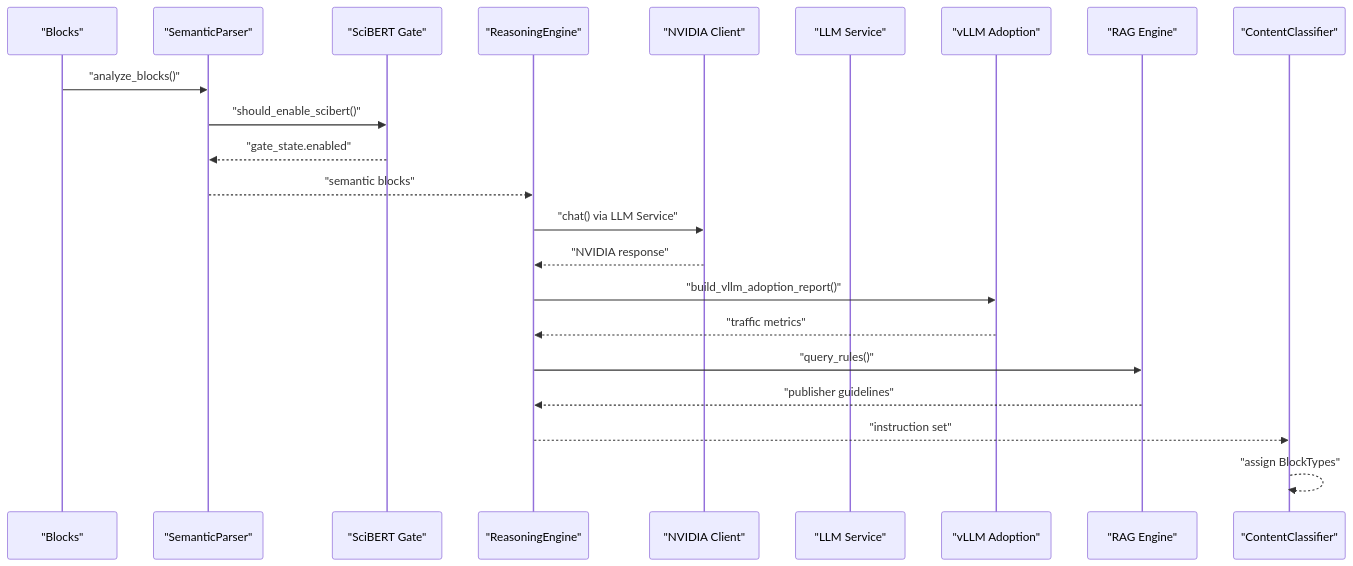
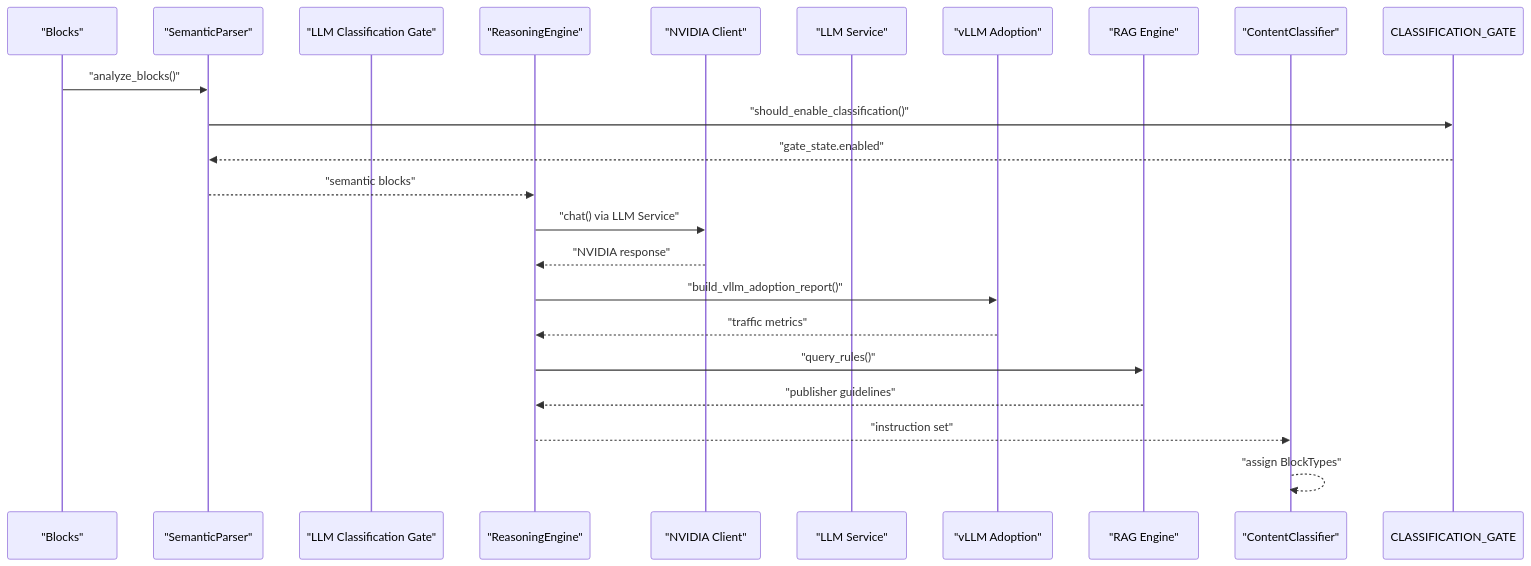
The second of 12 diagrams in .docs/content/AI_ML Integration/AI_ML Integration.md (rohitkumarnaidu/ScholarFormAI), drawn with Mermaid before and after one commit. The commit also changed other lines of this file and 4 other files, not shown here.

````diff
--- a/.docs/content/AI_ML Integration/AI_ML Integration.md
+++ b/.docs/content/AI_ML Integration/AI_ML Integration.md
@@ -137,24 +137,24 @@
 ```mermaid
 sequenceDiagram
 participant Blocks as "Blocks"
 participant SP as "SemanticParser"
-participant SCIBERT_GATE as "SciBERT Gate"
+participant SCIBERT_GATE as "LLM Classification Gate"
 participant RE as "ReasoningEngine"
 participant NV as "NVIDIA Client"
 participant LLM as "LLM Service"
 participant VLLM_ADOPTION as "vLLM Adoption"
 participant RAG as "RAG Engine"
 participant CL as "ContentClassifier"
 Blocks->>SP : "analyze_blocks()"
-SP->>SCIBERT_GATE : "should_enable_scibert()"
-SCIBERT_GATE-->>SP : "gate_state.enabled"
+SP->>CLASSIFICATION_GATE : "should_enable_classification()"
+CLASSIFICATION_GATE-->>SP : "gate_state.enabled"
 SP-->>RE : "semantic blocks"
 RE->>NV : "chat() via LLM Service"
 NV-->>RE : "NVIDIA response"
 RE->>VLLM_ADOPTION : "build_vllm_adoption_report()"
 VLLM_ADOPTION-->>RE : "traffic metrics"
 RE->>RAG : "query_rules()"
 RAG-->>RE : "publisher guidelines"
 RE-->>CL : "instruction set"
 CL-->>CL : "assign BlockTypes"
 ```
````
